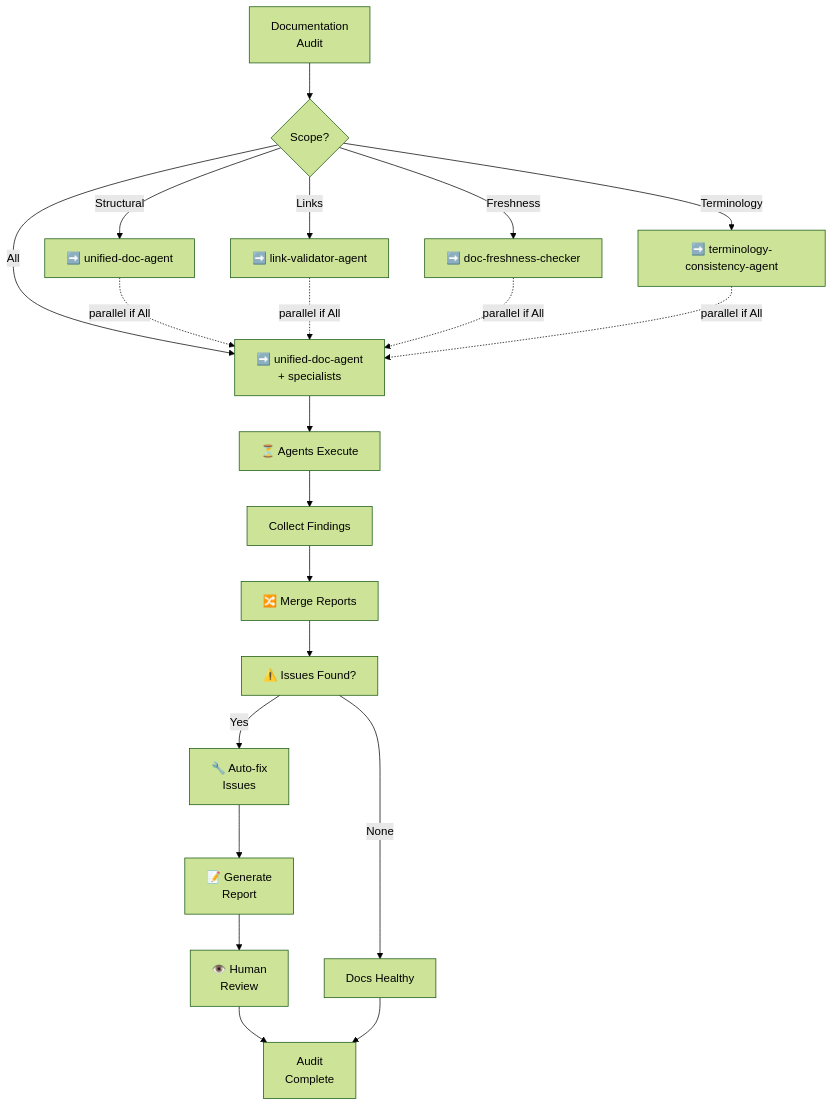
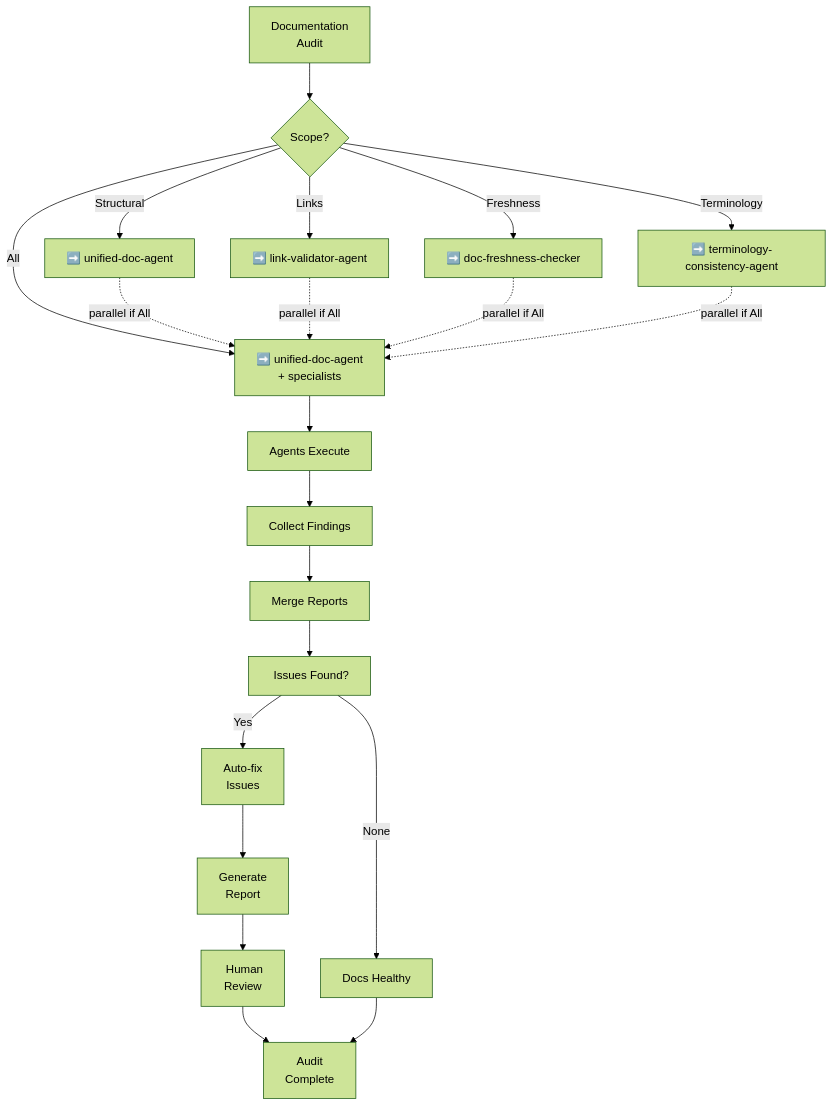
Before and after one commit to Aries-Serpent/_codex_: the fifth of 10 diagrams in docs/agent/CUSTOM_AGENT_COORDINATION_WORKFLOWS.md, drawn with Mermaid (forest theme). The commit also changed other lines of this file and 1989 other files, not shown here.

````diff
--- a/docs/agent/CUSTOM_AGENT_COORDINATION_WORKFLOWS.md
+++ b/docs/agent/CUSTOM_AGENT_COORDINATION_WORKFLOWS.md
@@ -239,33 +239,33 @@
 ```mermaid
 graph TD
     A[" Documentation<br/>Audit"] --> B{Scope?}
 
     B -->|Structural| B1["➡️ unified-doc-agent"]
     B -->|Links| B2["➡️ link-validator-agent"]
     B -->|Freshness| B3["➡️ doc-freshness-checker"]
     B -->|Terminology| B4["➡️ terminology-consistency-agent"]
     B -->|All| B5["➡️ unified-doc-agent<br/>+ specialists"]
 
     B1 -.->|parallel if All| B5
     B2 -.->|parallel if All| B5
     B3 -.->|parallel if All| B5
     B4 -.->|parallel if All| B5
 
-    B5 --> C["⏳ Agents Execute"]
+    B5 --> C[" Agents Execute"]
 
     C --> D[" Collect Findings"]
 
-    D --> E["🔀 Merge Reports"]
+    D --> E[" Merge Reports"]
 
-    E --> F["⚠️ Issues Found?"]
+    E --> F["️ Issues Found?"]
 
     F -->|None| G[" Docs Healthy"]
-    F -->|Yes| H["🔧 Auto-fix<br/>Issues"]
+    F -->|Yes| H[" Auto-fix<br/>Issues"]
 
-    H --> I["📝 Generate<br/>Report"]
+    H --> I[" Generate<br/>Report"]
 
-    I --> J["👁️ Human<br/>Review"]
+    I --> J["️ Human<br/>Review"]
 
     J --> K[" Audit<br/>Complete"]
     G --> K
 ```
````
